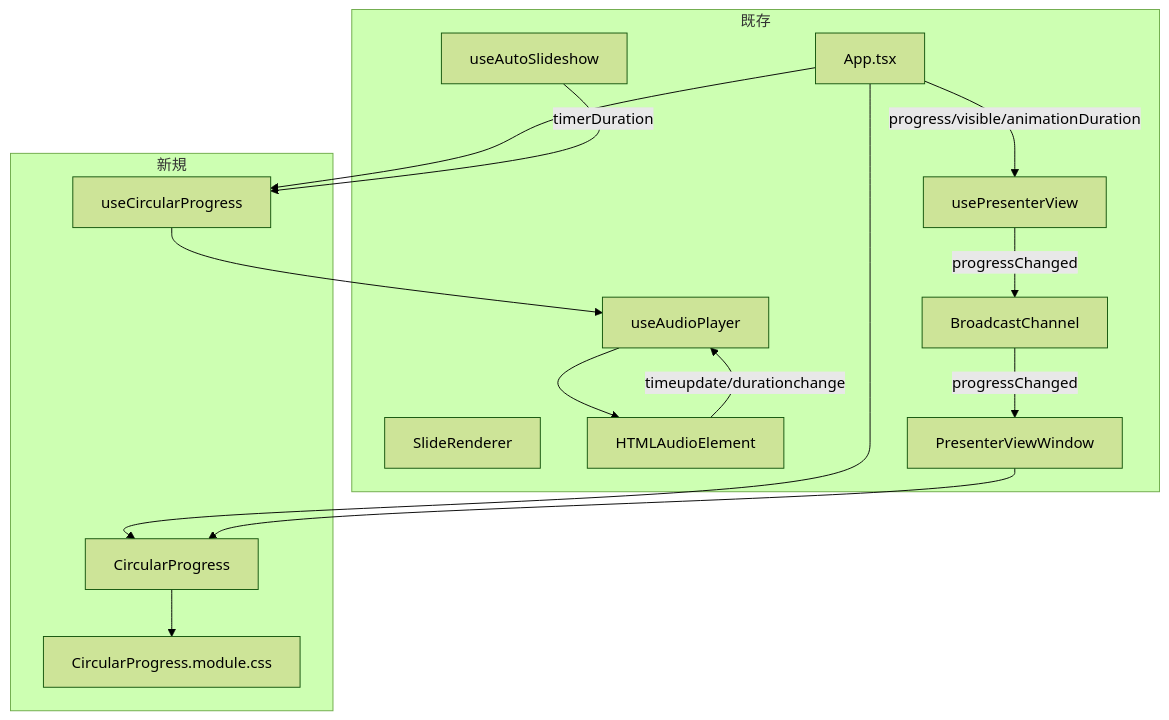
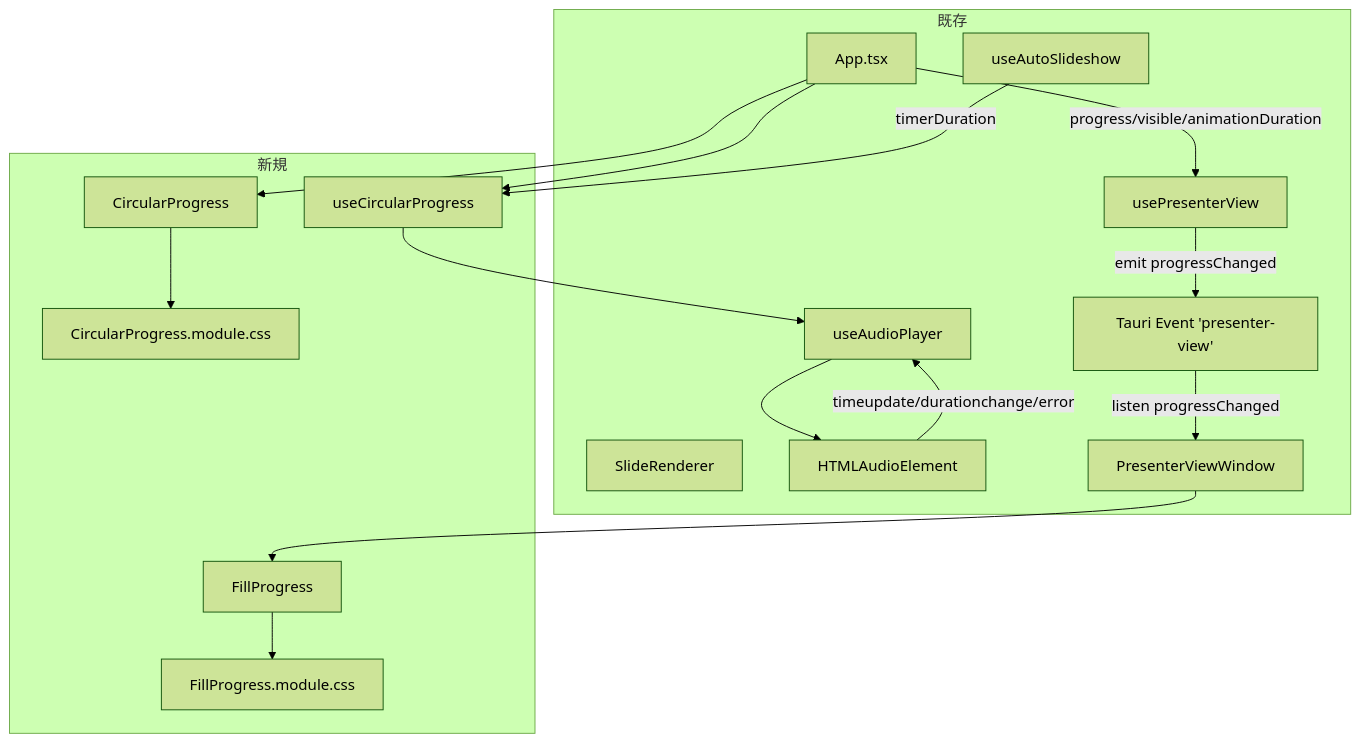
The diagram in .sdd/specification/auto-scroll-progress-bar_design.md (ToshikiImagawa/slide-presentation-app), drawn with Mermaid (forest theme) before and after one commit. The commit also changed other lines of this file and 31 other files, not shown here.

````diff
--- a/.sdd/specification/auto-scroll-progress-bar_design.md
+++ b/.sdd/specification/auto-scroll-progress-bar_design.md
@@ -54,31 +75,34 @@
 ```mermaid
 graph TD
     subgraph "既存"
         App[App.tsx]
         UAP[useAudioPlayer]
         UAS[useAutoSlideshow]
         SR[SlideRenderer]
         Audio[HTMLAudioElement]
         UPV[usePresenterView]
         PVW[PresenterViewWindow]
-        BC[BroadcastChannel]
+        EV[Tauri Event 'presenter-view']
     end
 
     subgraph "新規"
         UCP[useCircularProgress]
         CP[CircularProgress]
         CPStyle[CircularProgress.module.css]
+        FP[FillProgress]
+        FPStyle[FillProgress.module.css]
     end
 
     App --> UCP
     UCP --> UAP
     UAS -->|timerDuration| UCP
     App --> CP
     CP --> CPStyle
     UAP --> Audio
-    Audio -->|timeupdate/durationchange| UAP
+    Audio -->|timeupdate/durationchange/error| UAP
     App -->|progress/visible/animationDuration| UPV
-    UPV -->|progressChanged| BC
-    BC -->|progressChanged| PVW
-    PVW --> CP
+    UPV -->|emit progressChanged| EV
+    EV -->|listen progressChanged| PVW
+    PVW --> FP
+    FP --> FPStyle
 ```
````
